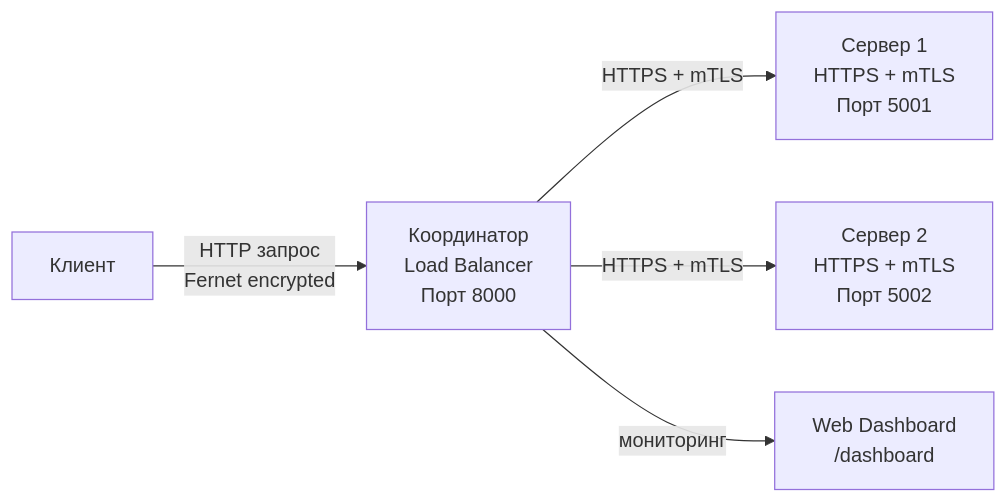
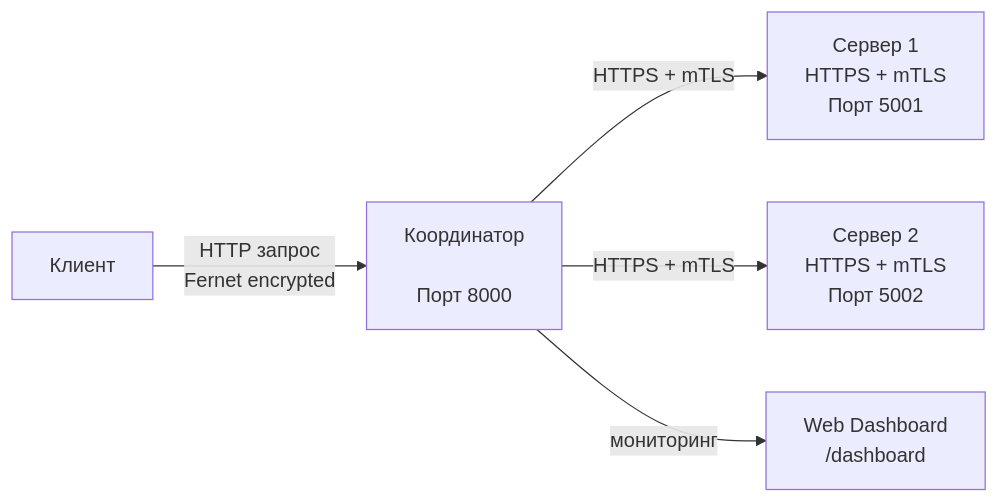
Before and after one commit to LyapunovaUN/distributed_systems: the diagram in lab_4/lb_4.md, drawn with Mermaid.

````diff
--- a/lab_4/lb_4.md
+++ b/lab_4/lb_4.md
@@ -29,18 +29,18 @@
 ```mermaid
 flowchart LR
 
     Client[Клиент]
-    Coordinator[Координатор<br/>Load Balancer<br/>Порт 8000]
+    Coordinator[Координатор<br/><br/>Порт 8000]
 
     Server1[Сервер 1<br/>HTTPS + mTLS<br/>Порт 5001]
     Server2[Сервер 2<br/>HTTPS + mTLS<br/>Порт 5002]
 
     Dashboard[Web Dashboard<br/>/dashboard]
 
     Client -->|HTTP запрос<br/>Fernet encrypted| Coordinator
 
     Coordinator -->|HTTPS + mTLS| Server1
     Coordinator -->|HTTPS + mTLS| Server2
 
     Coordinator -->|мониторинг| Dashboard
 ```
````
